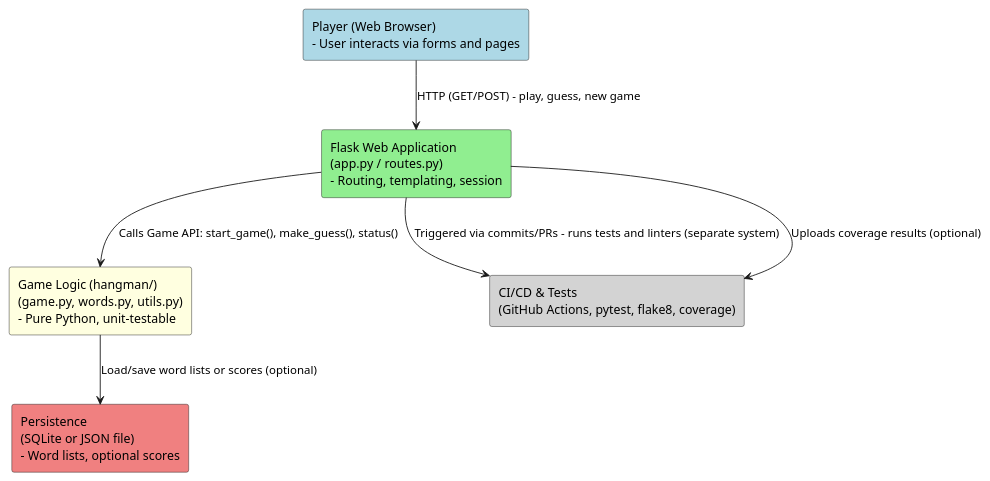
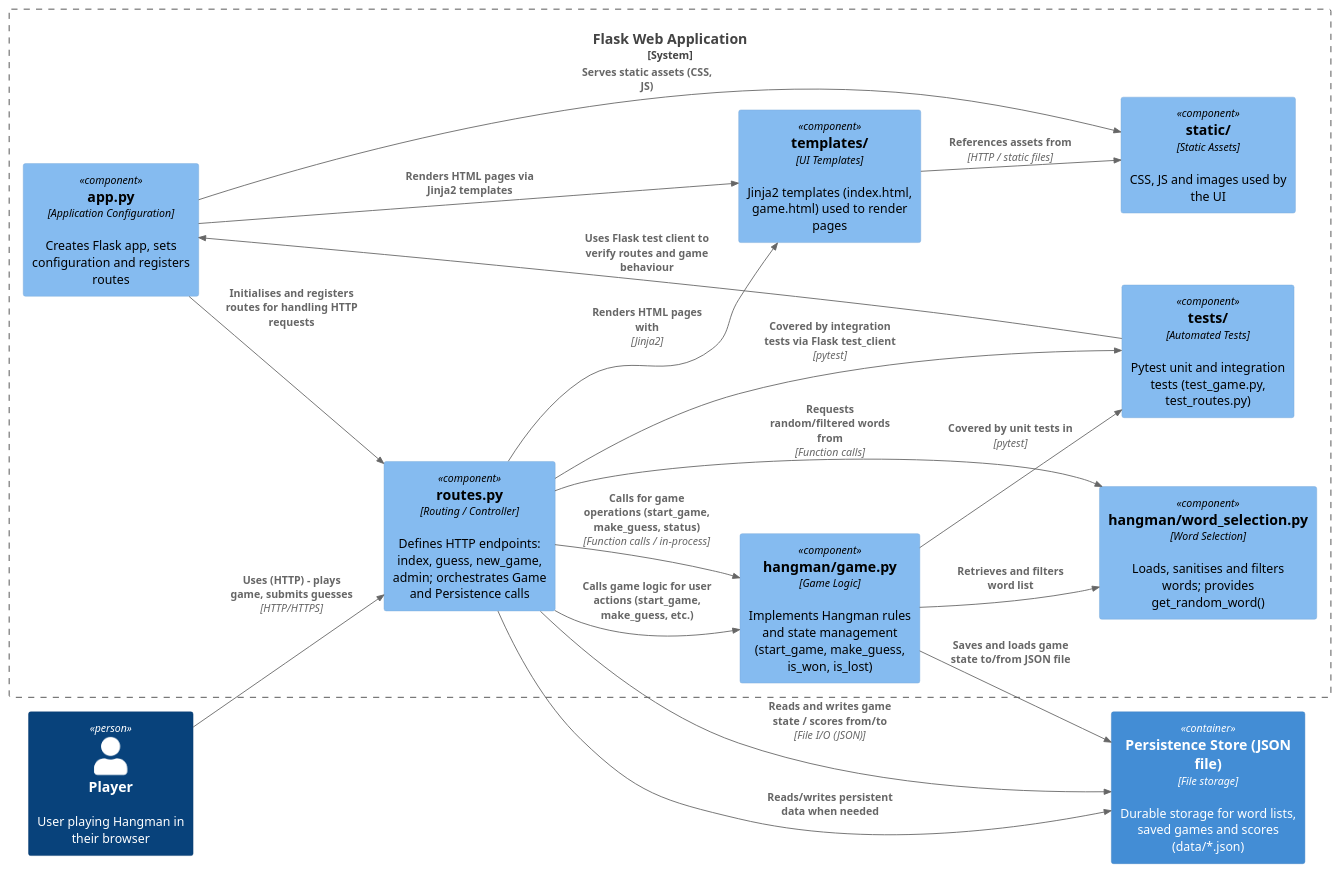
The diagram in docs/hangman_architecture_diagram.puml (Lockleaze-Community-Coding-Club/hangman-club-project), drawn with PlantUML before and after one commit. The commit also changed 16 other files, not shown here.

Commit message:
Updated the architecture and the files - review the puml diagram in online browser

```diff
--- a/docs/hangman_architecture_diagram.puml
+++ b/docs/hangman_architecture_diagram.puml
@@ -2,34 +1,57 @@
 @startuml
-' PlantUML C4-style diagram for Hangman Web App.
-' This file uses simple container/component boxes and is intended to be editable.
-' Tips: Install PlantUML plugin in VS Code and Graphviz to render locally.
+!include https://raw.githubusercontent.com/plantuml-stdlib/C4-PlantUML/master/C4_Container.puml
+!include https://raw.githubusercontent.com/plantuml-stdlib/C4-PlantUML/master/C4_Component.puml
 
-' Define skin params for readability
-skinparam backgroundColor #FFFFFF
-skinparam componentStyle rectangle
+' C4-Level 3: Flask Web Application with external Persistence (JSON file)
+' Inline comments explain components and relationships.
 
-' --------- System Context ---------
-' Player (browser) interacts with the Flask web app over HTTP
-rectangle "Player (Web Browser)\n- User interacts via forms and pages" as Browser #LightBlue
+LAYOUT_LEFT_RIGHT()
 
-' --------- Containers ---------
-rectangle "Flask Web Application\n(app.py / routes.py)\n- Routing, templating, session" as Flask #LightGreen
-' The Game Logic is a separate Python package to keep business logic testable
-rectangle "Game Logic (hangman/)\n(game.py, words.py, utils.py)\n- Pure Python, unit-testable" as Logic #LightYellow
-rectangle "Persistence\n(SQLite or JSON file)\n- Word lists, optional scores" as Persistence #LightCoral
-rectangle "CI/CD & Tests\n(GitHub Actions, pytest, flake8, coverage)" as CI #LightGray
+Person(user, "Player", "User playing Hangman in their browser")
 
-' --------- Relationships (data/control flow) ---------
-Browser -down-> Flask : "HTTP (GET/POST) - play, guess, new game"
-Flask -down-> Logic : "Calls Game API: start_game(), make_guess(), status()"
-Logic -down-> Persistence : "Load/save word lists or scores (optional)"
-Flask -down-> CI : "Triggered via commits/PRs - runs tests and linters (separate system)"
-Flask -down-> CI : "Uploads coverage results (optional)"
+' Containers (C2)
+System_Boundary(flask_app, "Flask Web Application") {
+    ' app.py: application factory and config - registers routes/blueprints
+    Component(app_py, "app.py", "Application Configuration", "Creates Flask app, sets configuration and registers routes")
+    ' routes.py: controllers handling HTTP requests, session interaction, templates
+    Component(routes_py, "routes.py", "Routing / Controller", "Defines HTTP endpoints: index, guess, new_game, admin; orchestrates Game and Persistence calls")
+    ' game.py: pure business logic, easily unit-testable
+    Component(game_py, "hangman/game.py", "Game Logic", "Implements Hangman rules and state management (start_game, make_guess, is_won, is_lost)")
+    ' word_selection.py: manage word lists
+    Component(word_py, "hangman/word_selection.py", "Word Selection", "Loads, sanitises and filters words; provides get_random_word()")
+    ' templates and static are components handling presentation
+    Component(templates, "templates/", "UI Templates", "Jinja2 templates (index.html, game.html) used to render pages")
+    Component(static, "static/", "Static Assets", "CSS, JS and images used by the UI")
+    ' tests component represents test code within the Flask container
+    Component(tests, "tests/", "Automated Tests", "Pytest unit and integration tests (test_game.py, test_routes.py)")
+}
 
-' --------- Notes / Inline guidance ---------
-' The Logic container should be pure functions/classes with no Flask imports - this makes it easy to test with pytest.
-' Keep templates in a separate folder (templates/) and static assets in static/.
-' For integration tests, use Flask's test_client to simulate browser requests.
-' Use sessions for per-player game state or persist in DB for longer sessions.
+' External Persistence Container (C2) - JSON file based storage
+Container(persistence, "Persistence Store (JSON file)", "File storage", "Durable storage for word lists, saved games and scores (data/*.json)") {
+    ' This container is external to Flask process and is accessed via persistence helper module
+}
 
+' Relationships
+Rel(user, routes_py, "Uses (HTTP) - plays game, submits guesses", "HTTP/HTTPS")
+Rel(routes_py, game_py, "Calls for game operations (start_game, make_guess, status)", "Function calls / in-process")
+Rel(routes_py, word_py, "Requests random/filtered words from", "Function calls")
+Rel(routes_py, templates, "Renders HTML pages with", "Jinja2")
+Rel(templates, static, "References assets from", "HTTP / static files")
+Rel(routes_py, persistence, "Reads and writes game state / scores from/to", "File I/O (JSON)")
+Rel(game_py, tests, "Covered by unit tests in", "pytest")
+Rel(routes_py, tests, "Covered by integration tests via Flask test_client", "pytest")
+Rel(app_py, routes_py, "Initialises and registers routes for handling HTTP requests")
+Rel(app_py, templates, "Renders HTML pages via Jinja2 templates")
+Rel(app_py, static, "Serves static assets (CSS, JS)")
+Rel(routes_py, game_py, "Calls game logic for user actions (start_game, make_guess, etc.)")
+Rel(game_py, word_py, "Retrieves and filters word list")
+Rel(game_py, persistence, "Saves and loads game state to/from JSON file")
+Rel(routes_py, persistence, "Reads/writes persistent data when needed")
+Rel(tests, app_py, "Uses Flask test client to verify routes and game behaviour")
+
+
+' Notes:
+' - The Persistence Store is modelled as a separate container (file-based JSON) to emphasise durability and independence.
+' - The hangman/game.py module should remain free of Flask imports so it can be unit-tested in isolation.
+' - The routes orchestrate interactions between Game, Persistence, and Templates.
 @enduml
```
